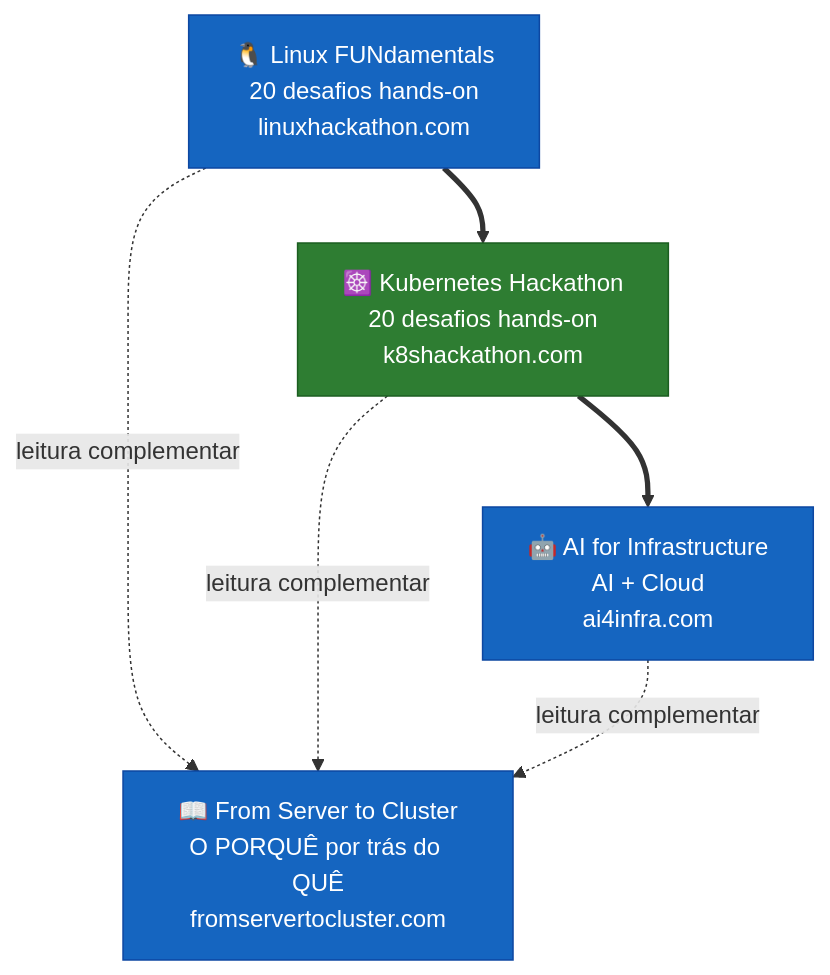
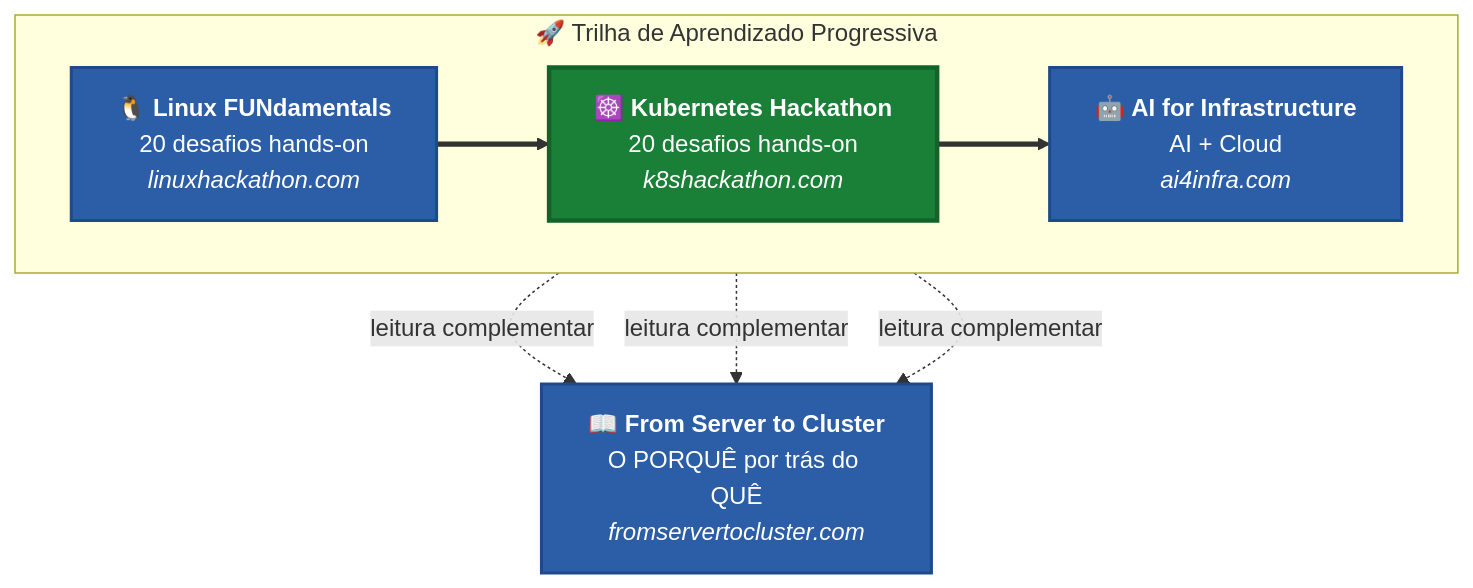
One commit to ricmmartins/fasthack-kubernetes changed the diagram in README.md. Above: the diagram before and after it, drawn with Mermaid.

Commit message:
feat: padronizar diagrama Mermaid com estilo do from-server-to-cluster

````diff
--- a/README.md
+++ b/README.md
@@ -30,17 +30,25 @@
 ```mermaid
-flowchart TD
-    A["🐧 Linux FUNdamentals\n20 desafios hands-on\nlinuxhackathon.com"]
-    B["☸️ Kubernetes Hackathon\n20 desafios hands-on\nk8shackathon.com"]
-    C["🤖 AI for Infrastructure\nAI + Cloud\nai4infra.com"]
-    D["📖 From Server to Cluster\nO PORQUÊ por trás do QUÊ\nfromservertocluster.com"]
+flowchart TB
+    subgraph journey["🚀 Trilha de Aprendizado Progressiva"]
+        direction LR
+        A["🐧 <b>Linux FUNdamentals</b><br/>20 desafios hands-on<br/><i>linuxhackathon.com</i>"] ==> B["☸️ <b>Kubernetes Hackathon</b><br/>20 desafios hands-on<br/><i>k8shackathon.com</i>"] ==> C["🤖 <b>AI for Infrastructure</b><br/>AI + Cloud<br/><i>ai4infra.com</i>"]
+    end
 
-    A ==> B ==> C
     A -.->|leitura complementar| D
     B -.->|leitura complementar| D
     C -.->|leitura complementar| D
 
-    style A fill:#1565C0,stroke:#0D47A1,color:#fff
-    style B fill:#2E7D32,stroke:#1B5E20,color:#fff
-    style C fill:#1565C0,stroke:#0D47A1,color:#fff
-    style D fill:#1565C0,stroke:#0D47A1,color:#fff
+    D["📖 <b>From Server to Cluster</b><br/>O PORQUÊ por trás do QUÊ<br/><i>fromservertocluster.com</i>"]
+
+    classDef challenge fill:#2b5ea7,stroke:#1e4a8a,color:#fff,stroke-width:2px
+    classDef hackathon fill:#1a7f37,stroke:#116329,color:#fff,stroke-width:3px
+
+    class A,C challenge
+    class B hackathon
+    class D challenge
+
+    click A "https://linuxhackathon.com" _blank
+    click B "https://k8shackathon.com" _blank
+    click C "https://ai4infra.com" _blank
+    click D "https://fromservertocluster.com" _blank
 ```
````
